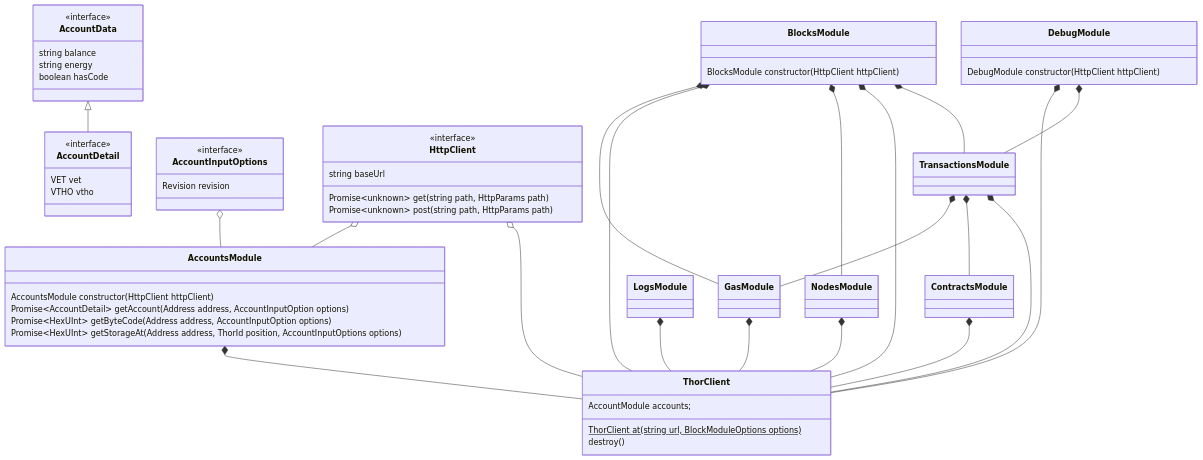
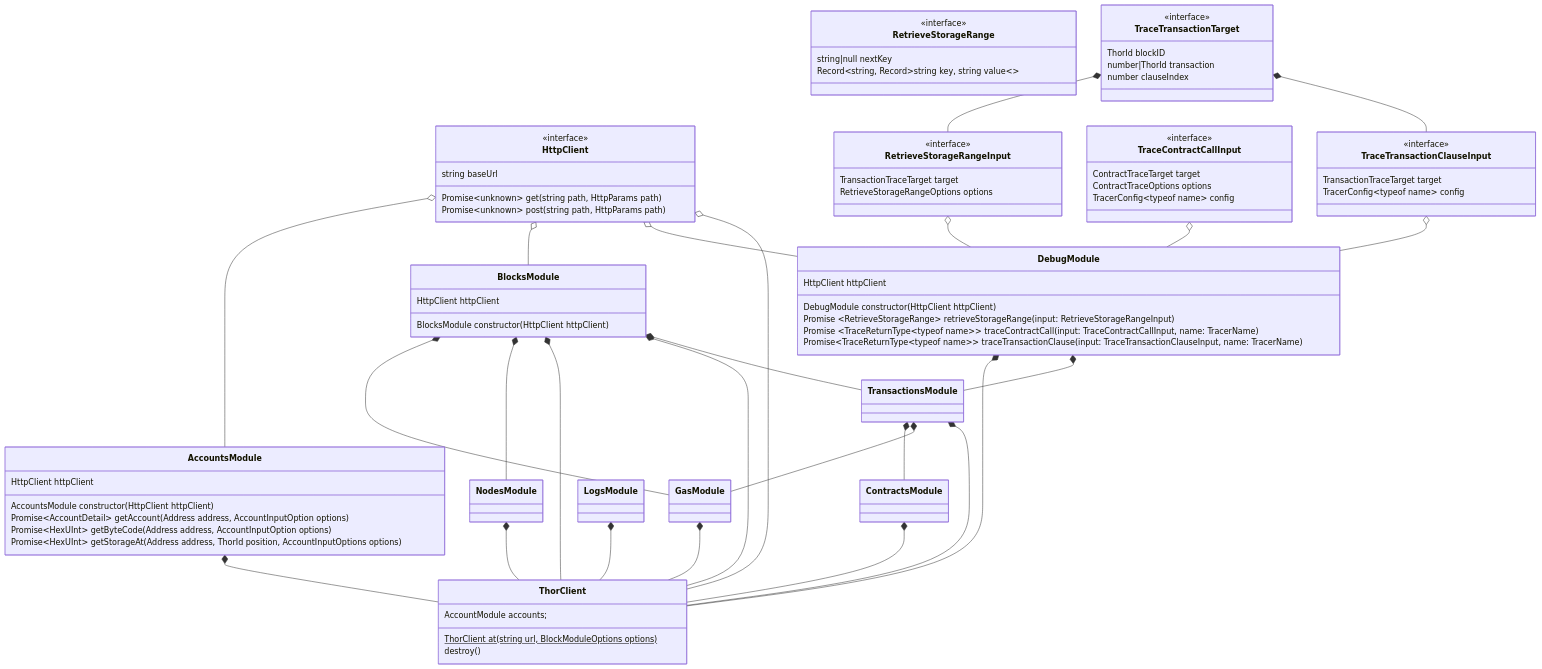
Before and after one commit to vechain/vechain-sdk-js: the diagram in docs/diagrams/architecture/network.md, drawn with Mermaid. The commit also changed 46 other files, not shown here.

First line of the commit message:
1450 refactor debug module (#1490)

````diff
--- a/docs/diagrams/architecture/network.md
+++ b/docs/diagrams/architecture/network.md
@@ -1,33 +1,24 @@
 ```mermaid
 classDiagram
-    class AccountData {
-        <<interface>>
-        string balance
-        string energy
-        boolean hasCode
-    }
-    class AccountDetail {
-        <<interface>>
-        VET vet
-        VTHO vtho
-    }
-    class AccountInputOptions {
-        <<interface>>
-        Revision revision
-    }
     class AccountsModule {
+        HttpClient httpClient
         AccountsModule constructor(HttpClient httpClient)
         Promise~AccountDetail~ getAccount(Address address, AccountInputOption options)
         Promise~HexUInt~ getByteCode(Address address, AccountInputOption options)
         Promise~HexUInt~ getStorageAt(Address address, ThorId position, AccountInputOptions options)
     }
     class BlocksModule {
+        HttpClient httpClient
         BlocksModule constructor(HttpClient httpClient)
     }
     class ContractsModule {
     }
     class DebugModule {
+        HttpClient httpClient
         DebugModule constructor(HttpClient httpClient)
+        Promise ~RetrieveStorageRange~ retrieveStorageRange(input: RetrieveStorageRangeInput)
+        Promise ~TraceReturnType~typeof name~~ traceContractCall(input: TraceContractCallInput, name: TracerName)
+        Promise~TraceReturnType~typeof name~~ traceTransactionClause(input: TraceTransactionClauseInput, name: TracerName)
     }
     class GasModule {
     }
@@ -41,19 +32,44 @@
     }
     class NodesModule {
     }
+    class RetrieveStorageRangeInput {
+        <<interface>>
+        TransactionTraceTarget target
+        RetrieveStorageRangeOptions options
+    }
+    class RetrieveStorageRange {
+        <<interface>>
+        string|null nextKey
+        Record~string, Record~string key, string value~~
+    }
     class ThorClient {
         AccountModule accounts;
         ThorClient at(string url, BlockModuleOptions options)$
         destroy()
     }
+    class TraceContractCallInput {
+        <<interface>>
+        ContractTraceTarget target
+        ContractTraceOptions options
+        TracerConfig~typeof name~ config
+    }
+    class TraceTransactionClauseInput {
+        <<interface>>
+        TransactionTraceTarget target
+        TracerConfig~typeof name~ config
+    }
+    class TraceTransactionTarget {
+        <<interface>>
+        ThorId blockID
+        number|ThorId transaction
+        number clauseIndex
+    }
     class TransactionsModule {
     }
-    AccountData <|-- AccountDetail
-    AccountInputOptions o-- AccountsModule
     AccountsModule *-- ThorClient
     BlocksModule *-- GasModule
+    BlocksModule *-- NodesModule
     BlocksModule *-- ThorClient
-    BlocksModule *-- NodesModule
     BlocksModule *-- ThorClient
     BlocksModule *-- TransactionsModule
     ContractsModule *-- ThorClient
@@ -61,10 +77,17 @@
     DebugModule *-- TransactionsModule
     GasModule *-- ThorClient
     HttpClient o-- AccountsModule
+    HttpClient o-- BlocksModule
+    HttpClient o-- DebugModule
     HttpClient o-- ThorClient
     LogsModule *-- ThorClient
     NodesModule *-- ThorClient
+    RetrieveStorageRangeInput o-- DebugModule
+    TraceContractCallInput o-- DebugModule
+    TraceTransactionClauseInput o-- DebugModule
+    TraceTransactionTarget *-- RetrieveStorageRangeInput
+    TraceTransactionTarget *-- TraceTransactionClauseInput
+    TransactionsModule *-- ContractsModule
     TransactionsModule *-- GasModule
-    TransactionsModule *-- ContractsModule
     TransactionsModule *-- ThorClient
 ```
````
